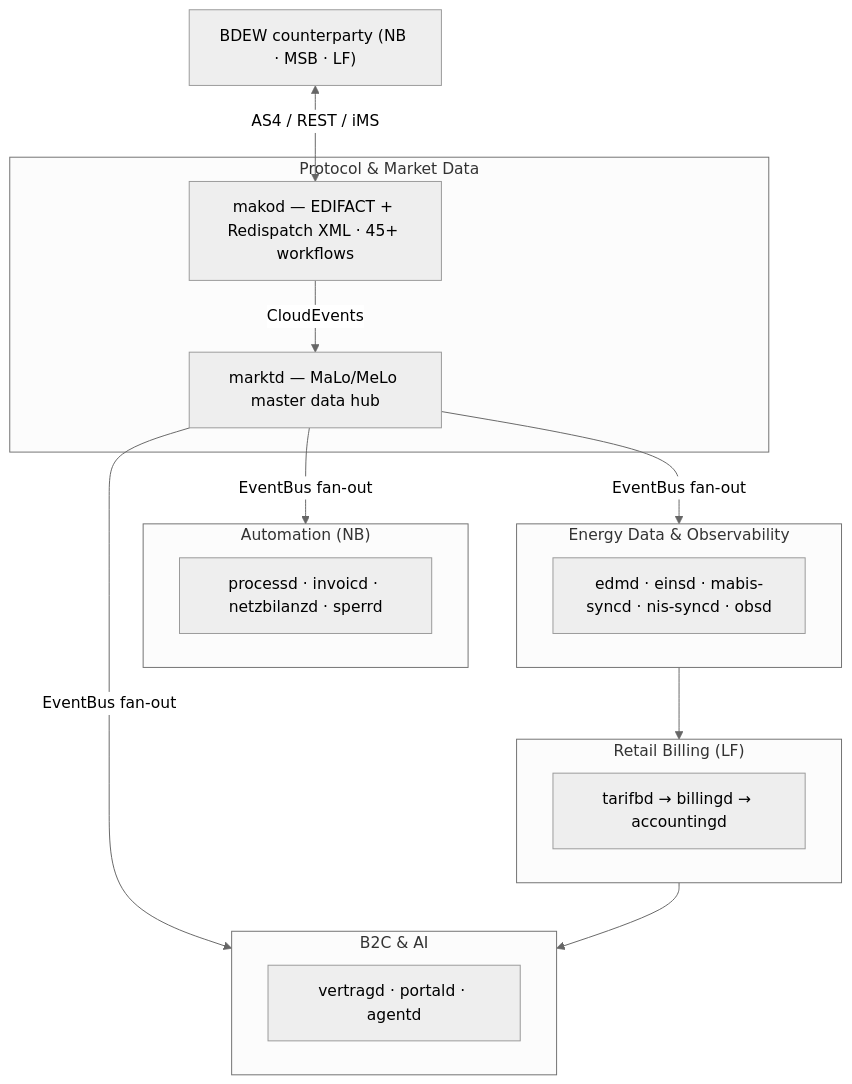
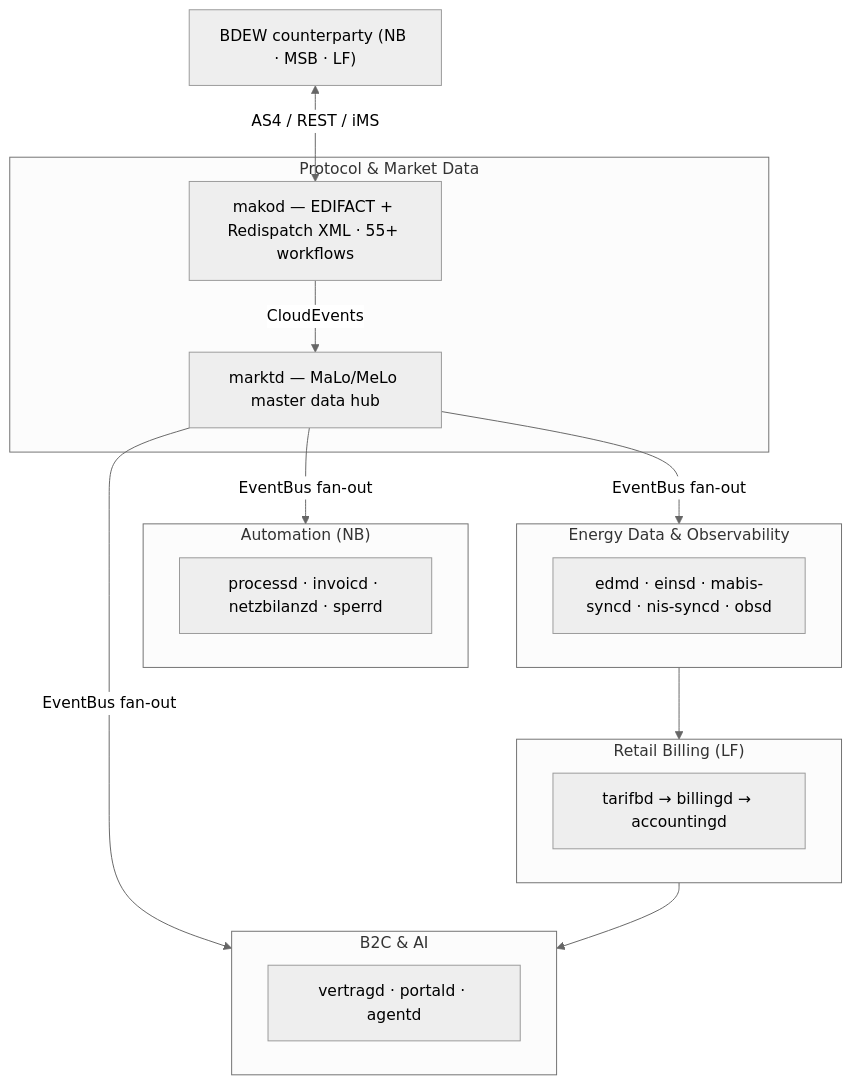
The first of 2 diagrams in docs/index.md (hupe1980/mako), drawn with Mermaid (neutral theme) before and after one commit. The commit also changed other lines of this file and 391 other files, not shown here.

````diff
--- a/docs/index.md
+++ b/docs/index.md
@@ -355,31 +357,31 @@
 ```mermaid
 graph TB
     BDEW["BDEW counterparty (NB · MSB · LF)"]
 
     subgraph core ["Protocol & Market Data"]
-        makod["makod — EDIFACT + Redispatch XML · 45+ workflows"]
+        makod["makod — EDIFACT + Redispatch XML · 55+ workflows"]
         marktd["marktd — MaLo/MeLo master data hub"]
     end
 
     subgraph auto ["Automation (NB)"]
         nbrole["processd · invoicd · netzbilanzd · sperrd"]
     end
 
     subgraph data ["Energy Data & Observability"]
         edm["edmd · einsd · mabis-syncd · nis-syncd · obsd"]
     end
 
     subgraph retail ["Retail Billing (LF)"]
         lfrole["tarifbd → billingd → accountingd"]
     end
 
     subgraph b2c ["B2C & AI"]
         ai["vertragd · portald · agentd"]
     end
 
     BDEW <-->|"AS4 / REST / iMS"| makod
     makod -->|CloudEvents| marktd
     marktd -->|"EventBus fan-out"| auto & data & b2c
     data --> retail
     retail --> b2c
 ```
````
